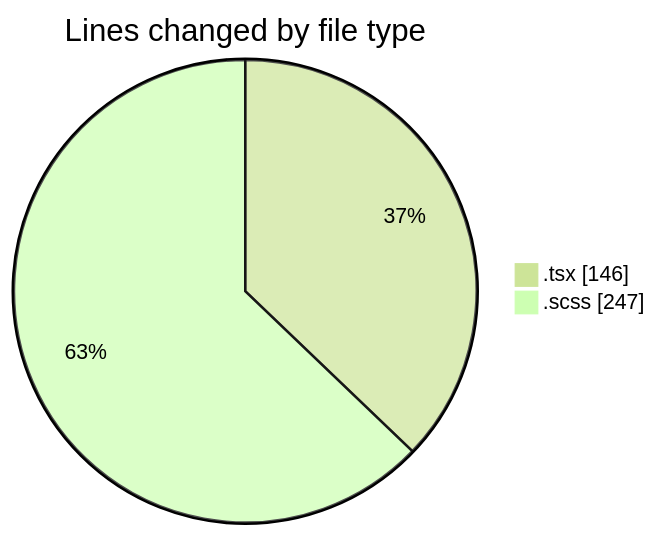
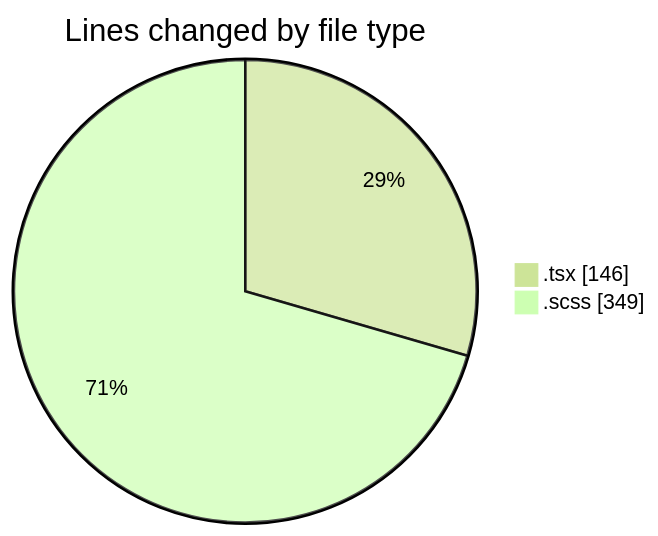
The first of 2 diagrams in 2026-03-25/cda/README.md (momahboobian/code-tracking), drawn with Mermaid (forest theme) before and after one commit. The commit also changed other lines of this file and 1 other file, not shown here.

````diff
--- a/2026-03-25/cda/README.md
+++ b/2026-03-25/cda/README.md
@@ -21,6 +21,6 @@
 ```mermaid
 pie showData
 title Lines changed by file type
 ".tsx" : 146
-".scss" : 247
+".scss" : 349
 ```
````
